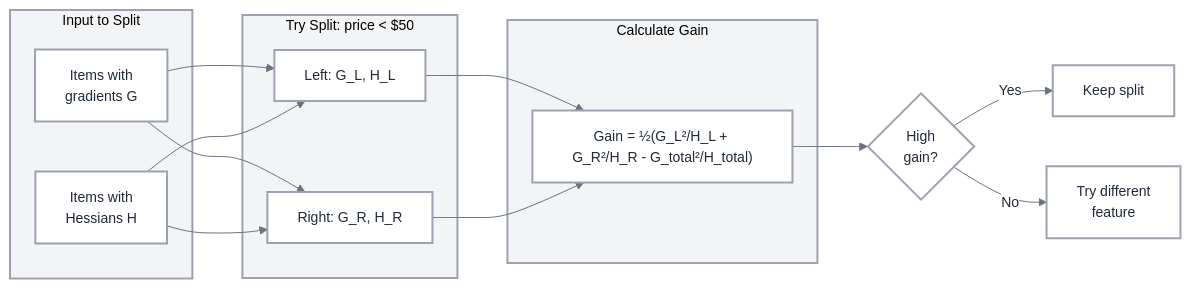
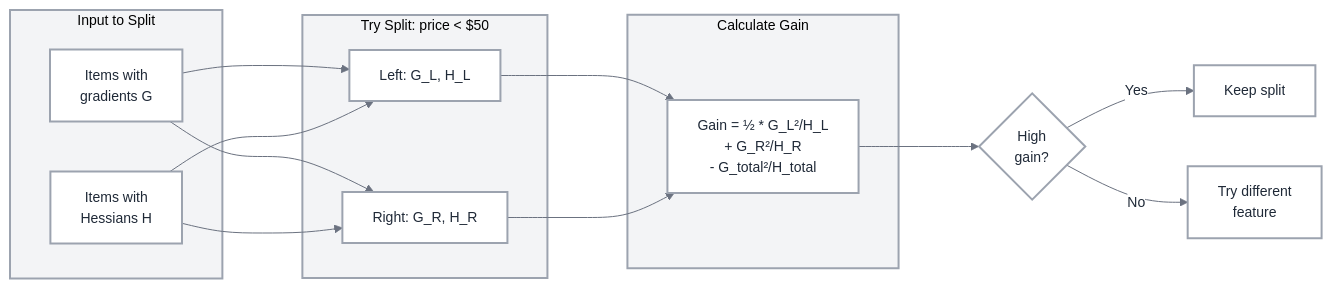
Before and after one commit to saraswatmks/saraswatmks.github.com: the fourth of 4 diagrams in _posts/2026/2026-02-07-lightgbm_pairwise_lambdarank.md, drawn with Mermaid. The commit also changed other lines of this file, not shown here.

```diff
--- a/_posts/2026/2026-02-07-lightgbm_pairwise_lambdarank.md
+++ b/_posts/2026/2026-02-07-lightgbm_pairwise_lambdarank.md
@@ -328,50 +346,56 @@
 <div class="mermaid">
 %%{init: {
   'theme': 'base',
   'themeVariables': {
     'primaryColor': '#FFFFFF',
     'primaryTextColor': '#1F2937',
     'primaryBorderColor': '#9CA3AF',
     'lineColor': '#6B7280',
     'fontSize': '14px',
     'fontFamily': 'system-ui, -apple-system, sans-serif'
+  },
+  'flowchart': {
+    'nodeSpacing': 50,
+    'rankSpacing': 80,
+    'padding': 15,
+    'useMaxWidth': true
   }
 }}%%
 
 graph LR
     subgraph Input["Input to Split"]
-        A[Items with<br/>gradients G]
-        B[Items with<br/>Hessians H]
+        A["Items with<br/>gradients G"]
+        B["Items with<br/>Hessians H"]
     end
 
     subgraph Split["Try Split: price < $50"]
-        C[Left: G_L, H_L]
-        D[Right: G_R, H_R]
+        C["Left: G_L, H_L"]
+        D["Right: G_R, H_R"]
     end
 
     subgraph Gain["Calculate Gain"]
-        E["Gain = ½(G_L²/H_L + G_R²/H_R - G_total²/H_total)"]
+        E["Gain = ½ * G_L²/H_L<br/>+ G_R²/H_R<br/>- G_total²/H_total"]
     end
 
     A --> C
     A --> D
     B --> C
     B --> D
     C --> E
     D --> E
-    E --> F{High<br/>gain?}
-    F -->|Yes| G[Keep split]
-    F -->|No| H[Try different<br/>feature]
+    E --> F{"High<br/>gain?"}
+    F -->|Yes| G["Keep split"]
+    F -->|No| H["Try different<br/>feature"]
 
     style A fill:#FFFFFF,stroke:#9CA3AF,stroke-width:2px,color:#1F2937
     style B fill:#FFFFFF,stroke:#9CA3AF,stroke-width:2px,color:#1F2937
     style C fill:#FFFFFF,stroke:#9CA3AF,stroke-width:2px,color:#1F2937
     style D fill:#FFFFFF,stroke:#9CA3AF,stroke-width:2px,color:#1F2937
     style E fill:#FFFFFF,stroke:#9CA3AF,stroke-width:2px,color:#1F2937
     style F fill:#FFFFFF,stroke:#9CA3AF,stroke-width:2px,color:#1F2937
     style G fill:#FFFFFF,stroke:#9CA3AF,stroke-width:2px,color:#1F2937
     style H fill:#FFFFFF,stroke:#9CA3AF,stroke-width:2px,color:#1F2937
     style Input fill:#F3F4F6,stroke:#9CA3AF,stroke-width:2px
     style Split fill:#F3F4F6,stroke:#9CA3AF,stroke-width:2px
     style Gain fill:#F3F4F6,stroke:#9CA3AF,stroke-width:2px
 </div>
```
